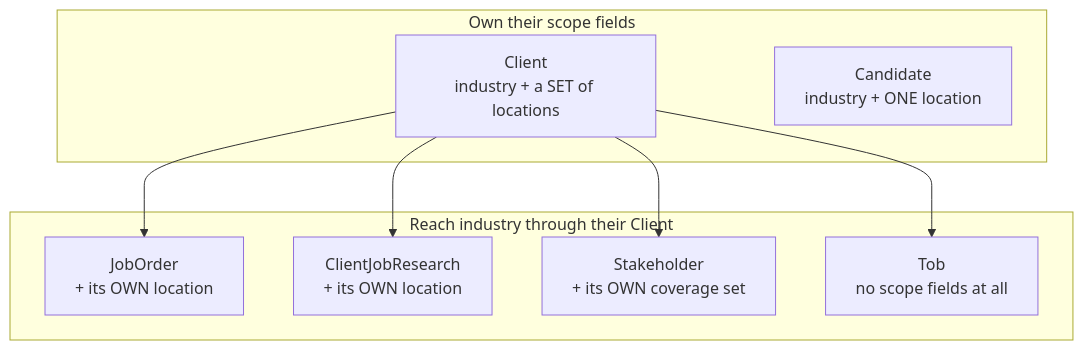
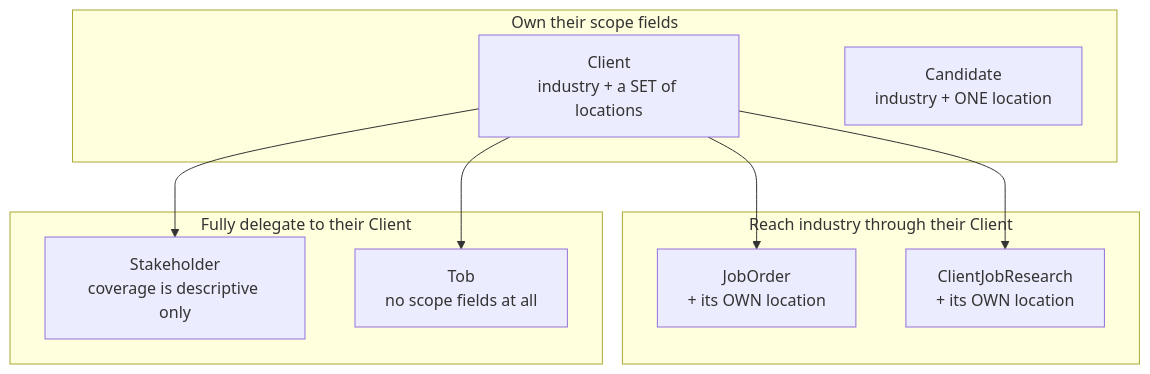
Before and after one commit to Marcuswong0327/linktal-recruitment-os: the third of 6 diagrams in docs/scope-explained.md, drawn with Mermaid. The commit also changed other lines of this file and 17 other files, not shown here.

````diff
--- a/docs/scope-explained.md
+++ b/docs/scope-explained.md
@@ -260,17 +266,19 @@
 ```mermaid
 flowchart TD
     subgraph OWN["Own their scope fields"]
         CL["Client<br/>industry + a SET of locations"]
         CA["Candidate<br/>industry + ONE location"]
     end
     subgraph VIA["Reach industry through their Client"]
         JO["JobOrder<br/>+ its OWN location"]
         JR["ClientJobResearch<br/>+ its OWN location"]
-        ST["Stakeholder<br/>+ its OWN coverage set"]
+    end
+    subgraph DEL["Fully delegate to their Client"]
+        ST["Stakeholder<br/>coverage is descriptive only"]
         TB["Tob<br/>no scope fields at all"]
     end
     CL --> JO
     CL --> JR
     CL --> ST
     CL --> TB
 ```
````
